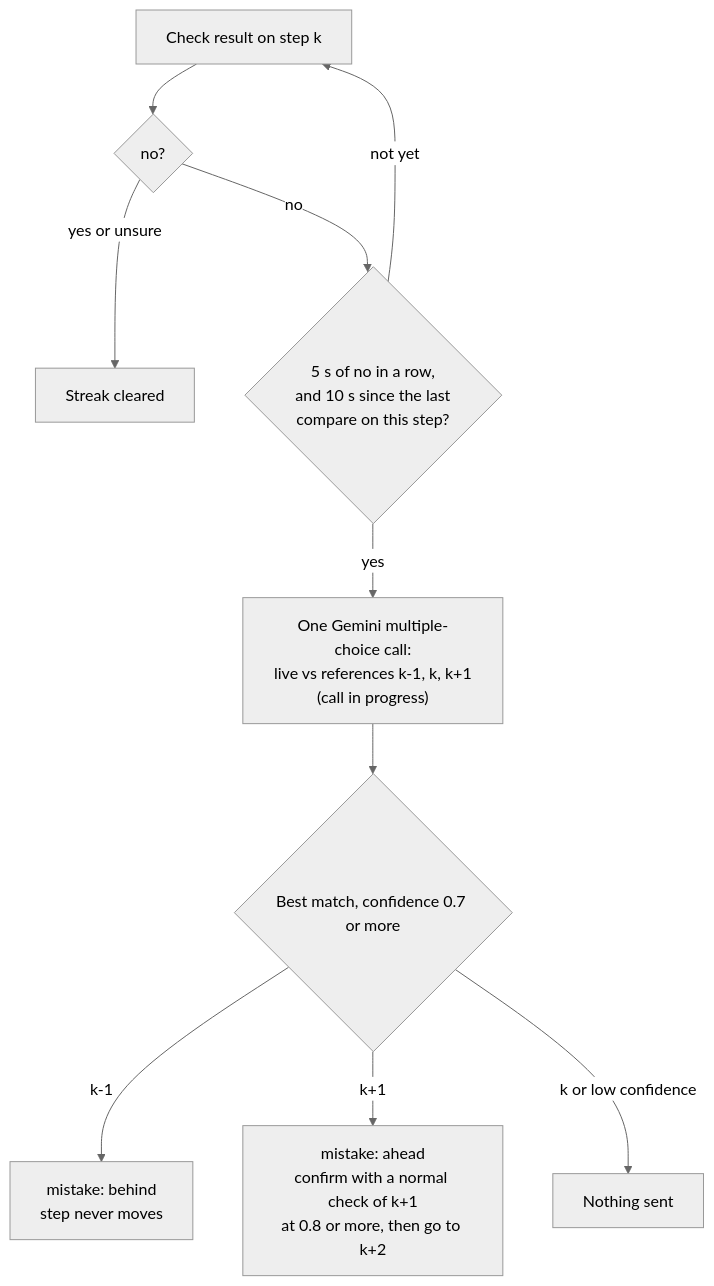
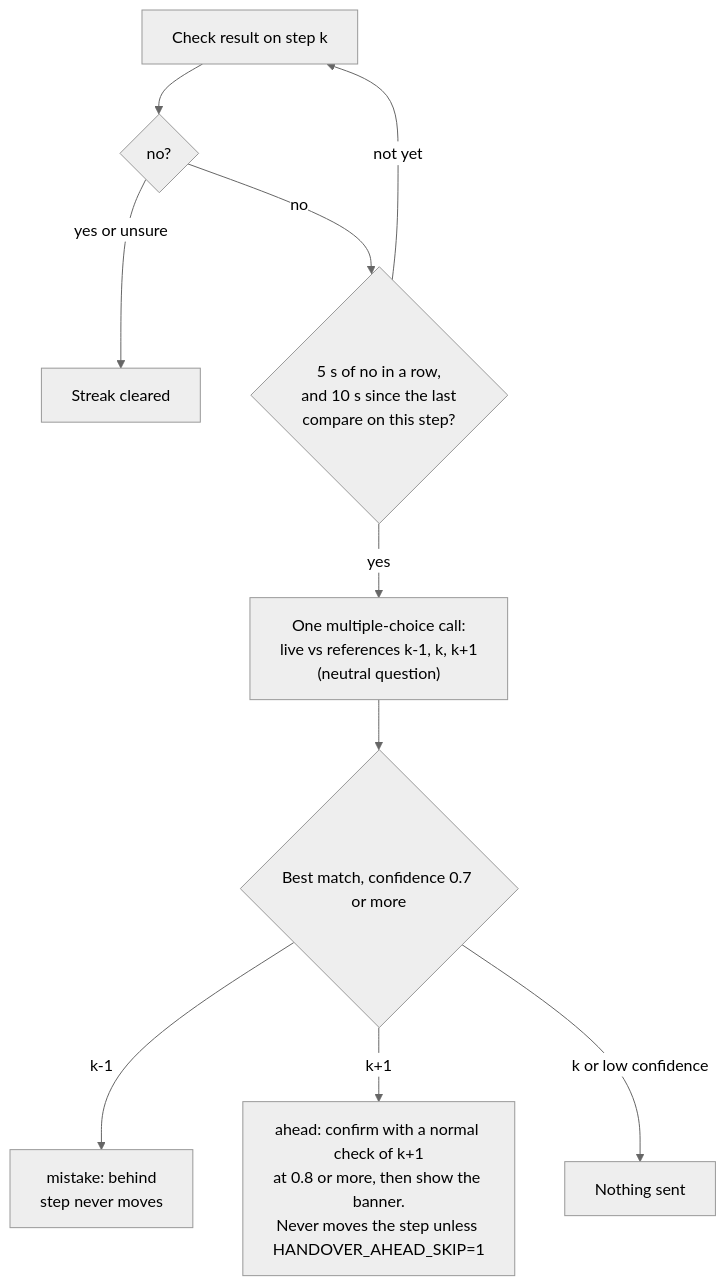
Before and after one commit to pr4nav3/HandOver: the third of 3 diagrams in server/docs/checks.md, drawn with Mermaid (neutral theme). The commit also changed other lines of this file and 23 other files, not shown here.

Commit message:
Engine: honest provenance and check_mode, pipelined checks, fast path, next_clip, ahead skip off by default, library router and auth, learner tagging, understanding behind a switch; Lessons: demo-v1 retitled as a test pattern; Docs: labels match the code

````diff
--- a/server/docs/checks.md
+++ b/server/docs/checks.md
@@ -95,12 +101,12 @@
 ```mermaid
 flowchart TD
   r["Check result on step k"] --> n{"no?"}
   n -->|yes or unsure| z["Streak cleared"]
   n -->|no| t{"5 s of no in a row,<br/>and 10 s since the last<br/>compare on this step?"}
   t -->|not yet| r
-  t -->|yes| cmp["One Gemini multiple-choice call:<br/>live vs references k-1, k, k+1<br/>(call in progress)"]
+  t -->|yes| cmp["One multiple-choice call:<br/>live vs references k-1, k, k+1<br/>(neutral question)"]
   cmp --> dec{"Best match, confidence 0.7 or more"}
   dec -->|k-1| be["mistake: behind<br/>step never moves"]
-  dec -->|k+1| ah["mistake: ahead<br/>confirm with a normal check of k+1<br/>at 0.8 or more, then go to k+2"]
+  dec -->|k+1| ah["ahead: confirm with a normal check of k+1<br/>at 0.8 or more, then show the banner.<br/>Never moves the step unless HANDOVER_AHEAD_SKIP=1"]
   dec -->|k or low confidence| none["Nothing sent"]
 ```
````
